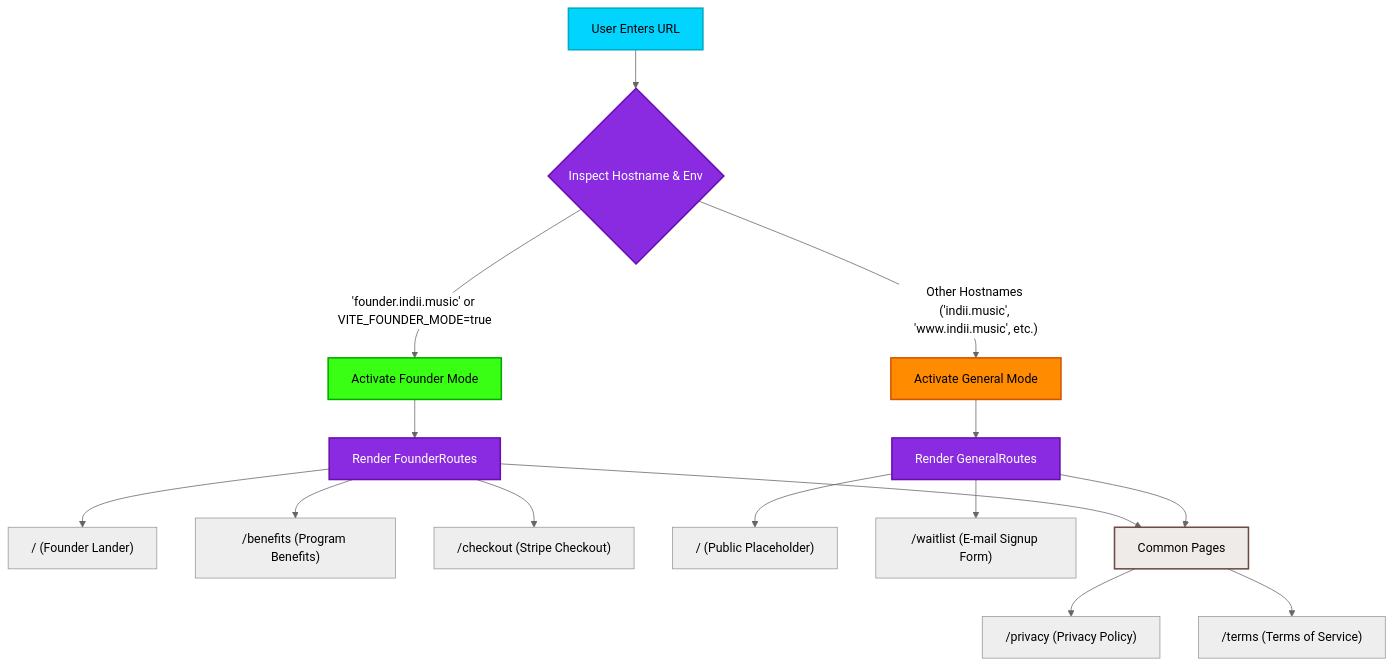
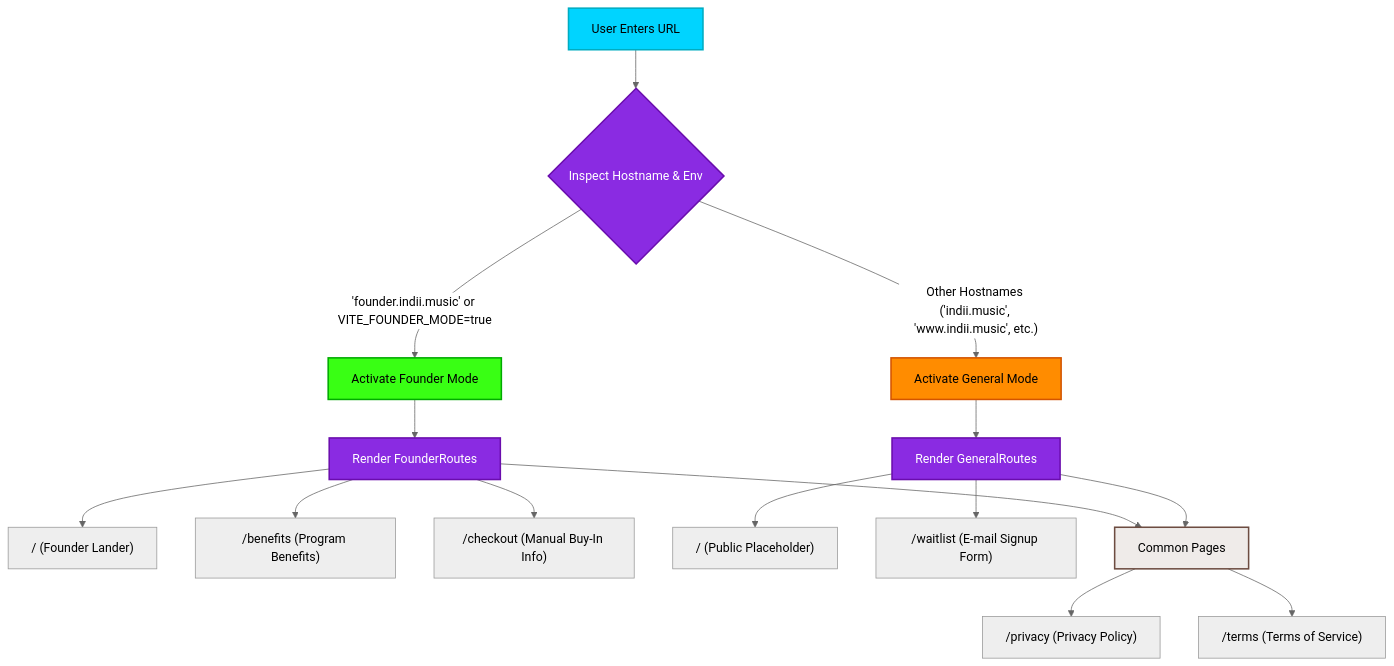
One commit to indii-music-founder/indii-music-founder changed the diagram in docs/flowcharts/founder-dynamic-routing.md. Above: the diagram before and after it, drawn with Mermaid (neutral theme). The commit also changed other lines of this file and 4 other files, not shown here.

Commit message:
docs(flowcharts): Fix ISSUE-086 flowchart drift for Founder checkout and mobile remote

````diff
--- a/docs/flowcharts/founder-dynamic-routing.md
+++ b/docs/flowcharts/founder-dynamic-routing.md
@@ -7,33 +7,33 @@
 ```mermaid
 graph TD
     UserRequest["User Enters URL"] --> InspectHost{"Inspect Hostname & Env"}
     
     InspectHost -->|"'founder.indii.music' or VITE_FOUNDER_MODE=true"| MatchFounder["Activate Founder Mode"]
     InspectHost -->|"Other Hostnames ('indii.music', 'www.indii.music', etc.)"| MatchGeneral["Activate General Mode"]
     
     MatchFounder --> FounderRoutes["Render FounderRoutes"]
     MatchGeneral --> GeneralRoutes["Render GeneralRoutes"]
     
     %% Founder Mode Route Sub-Tree
     FounderRoutes --> FHome["/ (Founder Lander)"]
     FounderRoutes --> FBenefits["/benefits (Program Benefits)"]
-    FounderRoutes --> FCheckout["/checkout (Stripe Checkout)"]
+    FounderRoutes --> FCheckout["/checkout (Manual Buy-In Info)"]
     
     %% General Mode Route Sub-Tree
     GeneralRoutes --> GHome["/ (Public Placeholder)"]
     GeneralRoutes --> GWaitlist["/waitlist (E-mail Signup Form)"]
     
     %% Shared Infrastructure & Common Routes
     FounderRoutes --> SharedElements["Common Pages"]
     GeneralRoutes --> SharedElements
     SharedElements --> Privacy["/privacy (Privacy Policy)"]
     SharedElements --> Terms["/terms (Terms of Service)"]
     
     style UserRequest fill:#00D4FF,stroke:#00acc1,stroke-width:2px
     style InspectHost fill:#8A2BE2,stroke:#6a0dad,stroke-width:2px,color:#fff
     style MatchFounder fill:#39FF14,stroke:#00aa00,stroke-width:2px
     style MatchGeneral fill:#FF8C00,stroke:#d35400,stroke-width:2px
     style FounderRoutes fill:#8A2BE2,stroke:#6a0dad,stroke-width:2px,color:#fff
     style GeneralRoutes fill:#8A2BE2,stroke:#6a0dad,stroke-width:2px,color:#fff
     style SharedElements fill:#efebe9,stroke:#6d4c41,stroke-width:2px
 ```
````
